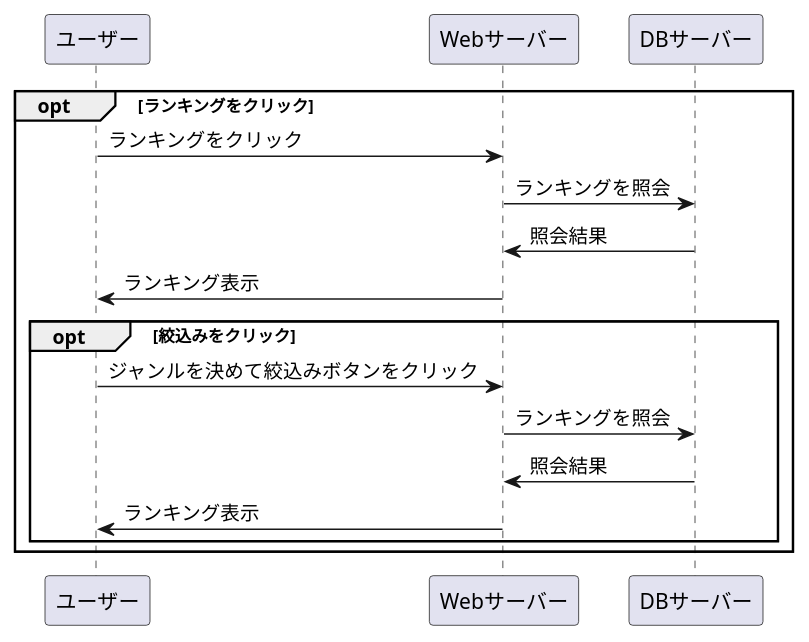
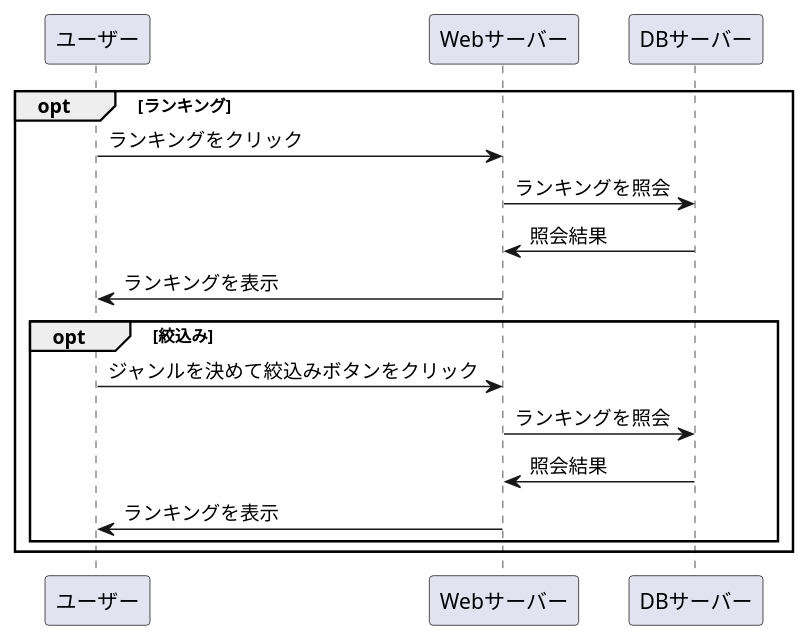
One commit to Aso2001154/2021sys-design changed the diagram in stationary/業務フロー/ランキング.md. Above: the diagram before and after it, drawn with PlantUML.

````diff
--- a/stationary/業務フロー/ランキング.md
+++ b/stationary/業務フロー/ランキング.md
@@ -1,18 +1,18 @@
 ```uml
 @startuml
 
-opt ランキングをクリック
+opt ランキング
 ユーザー -> Webサーバー : ランキングをクリック
 Webサーバー -> DBサーバー : ランキングを照会
 DBサーバー -> Webサーバー : 照会結果
-Webサーバー -> ユーザー : ランキング表示
-opt 絞込みをクリック
+Webサーバー -> ユーザー : ランキングを表示
+opt 絞込み
 ユーザー -> Webサーバー : ジャンルを決めて絞込みボタンをクリック
 Webサーバー -> DBサーバー : ランキングを照会
 DBサーバー -> Webサーバー : 照会結果
-Webサーバー -> ユーザー : ランキング表示
+Webサーバー -> ユーザー : ランキングを表示
 end
 end
 
 @enduml
 ```
````
